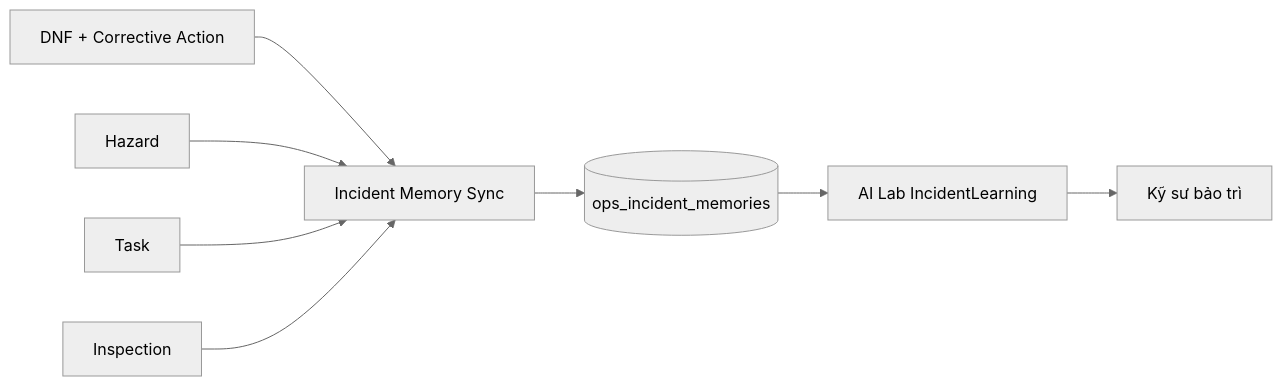
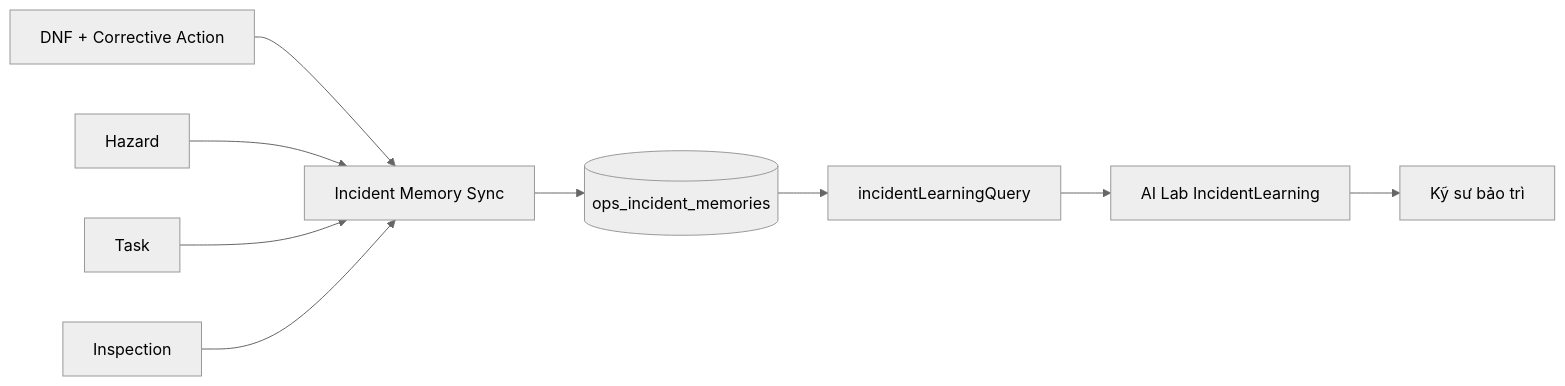
One commit to hoang12122/Hurc-cdhs changed the second of 2 diagrams in docs/1_SYSTEM_ARCHITECTURE.md. Above: the diagram before and after it, drawn with Mermaid (neutral theme). The commit also changed other lines of this file, not shown here.

Commit message:
docs: reconcile system architecture with current implementation

````diff
--- a/docs/1_SYSTEM_ARCHITECTURE.md
+++ b/docs/1_SYSTEM_ARCHITECTURE.md
@@ -228,10 +302,11 @@
 ```mermaid
 flowchart LR
     DNF[DNF + Corrective Action] --> Sync[Incident Memory Sync]
     Hazard[Hazard] --> Sync
     Task[Task] --> Sync
     Inspection[Inspection] --> Sync
     Sync --> Memory[(ops_incident_memories)]
-    Memory --> AI[AI Lab IncidentLearning]
-    AI --> Engineer[Kỹ sư bảo trì]
+    Memory --> Action[incidentLearningQuery]
+    Action --> AILab[AI Lab IncidentLearning]
+    AILab --> Engineer[Kỹ sư bảo trì]
 ```
````
